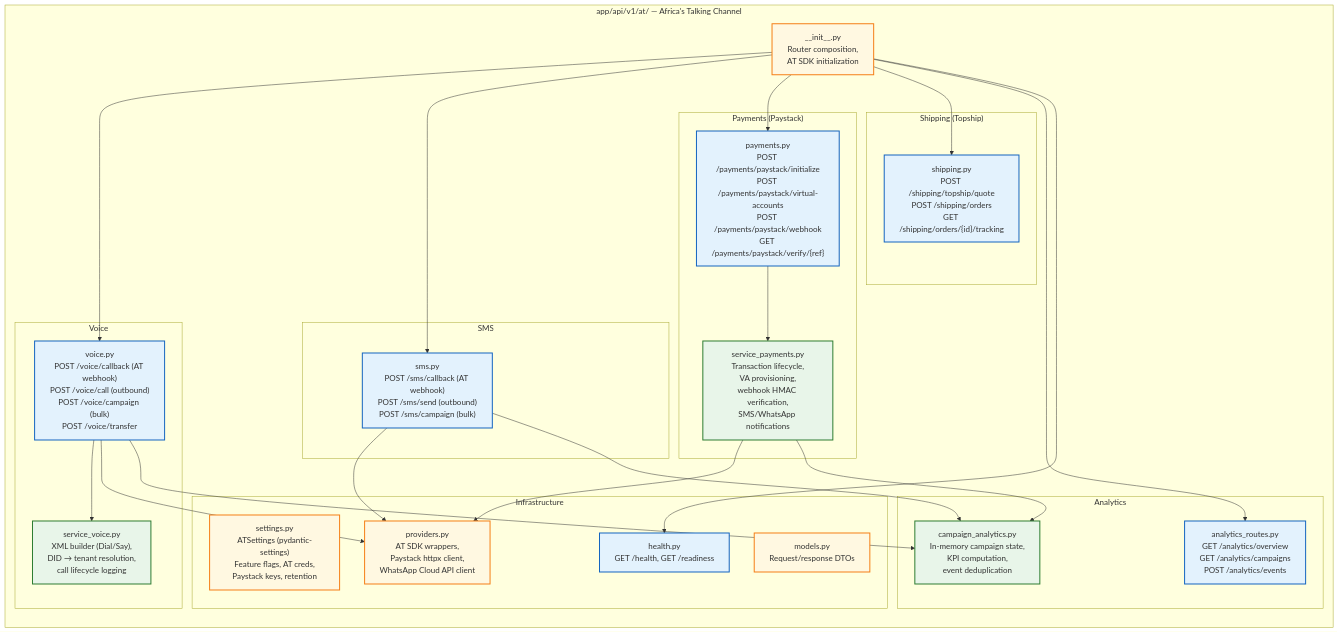
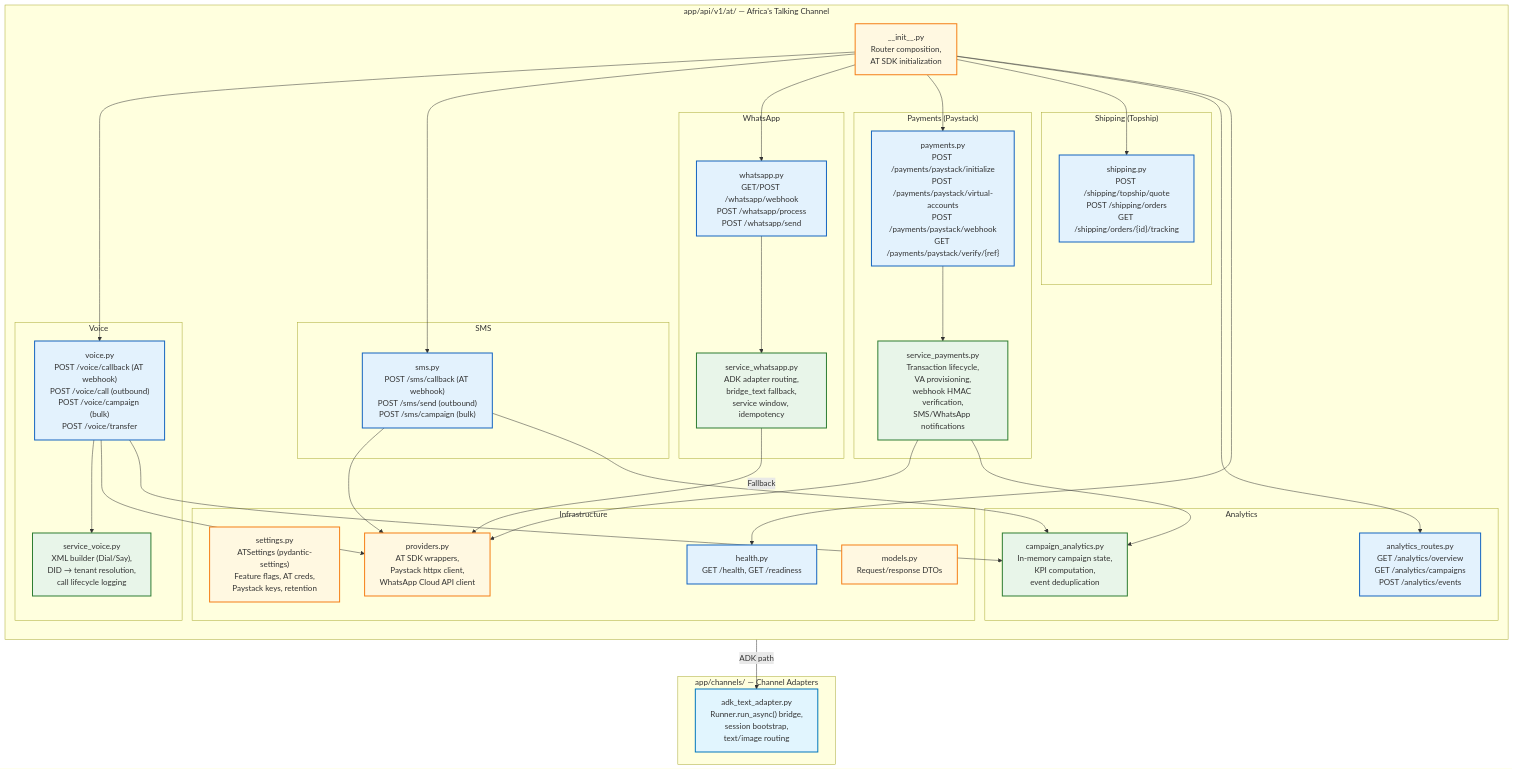
One commit to ogabasseyy/ekaette changed the sixth of 6 diagrams in docs/architecture/04-telephony.md. Above: the diagram before and after it, drawn with Mermaid. The commit also changed other lines of this file and 12 other files, not shown here.

First line of the commit message:
Route WhatsApp text/image through ADK agent graph

````diff
--- a/docs/architecture/04-telephony.md
+++ b/docs/architecture/04-telephony.md
@@ -226,61 +300,76 @@
 ```mermaid
 graph TB
     subgraph "app/api/v1/at/ — Africa's Talking Channel"
         direction TB
         INIT["__init__.py<br/>Router composition,<br/>AT SDK initialization"]
 
         subgraph "Voice"
             V_ROUTES["voice.py<br/>POST /voice/callback (AT webhook)<br/>POST /voice/call (outbound)<br/>POST /voice/campaign (bulk)<br/>POST /voice/transfer"]
             V_SVC["service_voice.py<br/>XML builder (Dial/Say),<br/>DID → tenant resolution,<br/>call lifecycle logging"]
         end
 
         subgraph "SMS"
             S_ROUTES["sms.py<br/>POST /sms/callback (AT webhook)<br/>POST /sms/send (outbound)<br/>POST /sms/campaign (bulk)"]
         end
 
         subgraph "Payments (Paystack)"
             P_ROUTES["payments.py<br/>POST /payments/paystack/initialize<br/>POST /payments/paystack/virtual-accounts<br/>POST /payments/paystack/webhook<br/>GET /payments/paystack/verify/{ref}"]
             P_SVC["service_payments.py<br/>Transaction lifecycle,<br/>VA provisioning,<br/>webhook HMAC verification,<br/>SMS/WhatsApp notifications"]
         end
 
         subgraph "Shipping (Topship)"
             SH_ROUTES["shipping.py<br/>POST /shipping/topship/quote<br/>POST /shipping/orders<br/>GET /shipping/orders/{id}/tracking"]
         end
 
         subgraph "Analytics"
             A_ROUTES["analytics_routes.py<br/>GET /analytics/overview<br/>GET /analytics/campaigns<br/>POST /analytics/events"]
             A_SVC["campaign_analytics.py<br/>In-memory campaign state,<br/>KPI computation,<br/>event deduplication"]
         end
 
+        subgraph "WhatsApp"
+            WA_ROUTES["whatsapp.py<br/>GET/POST /whatsapp/webhook<br/>POST /whatsapp/process<br/>POST /whatsapp/send"]
+            WA_SVC["service_whatsapp.py<br/>ADK adapter routing,<br/>bridge_text fallback,<br/>service window, idempotency"]
+        end
+
         subgraph "Infrastructure"
             SETTINGS["settings.py<br/>ATSettings (pydantic-settings)<br/>Feature flags, AT creds,<br/>Paystack keys, retention"]
             MODELS["models.py<br/>Request/response DTOs"]
             PROVIDERS["providers.py<br/>AT SDK wrappers,<br/>Paystack httpx client,<br/>WhatsApp Cloud API client"]
             HEALTH["health.py<br/>GET /health, GET /readiness"]
         end
     end
 
+    subgraph "app/channels/ — Channel Adapters"
+        ADAPTER["adk_text_adapter.py<br/>Runner.run_async() bridge,<br/>session bootstrap,<br/>text/image routing"]
+    end
+
     INIT --> V_ROUTES
     INIT --> S_ROUTES
+    INIT --> WA_ROUTES
     INIT --> P_ROUTES
     INIT --> SH_ROUTES
     INIT --> A_ROUTES
     INIT --> HEALTH
 
     V_ROUTES --> V_SVC
     V_ROUTES --> PROVIDERS
     V_ROUTES --> A_SVC
     S_ROUTES --> PROVIDERS
     S_ROUTES --> A_SVC
+    WA_ROUTES --> WA_SVC
+    WA_SVC -->|"ADK path"| ADAPTER
+    WA_SVC -->|"Fallback"| PROVIDERS
     P_ROUTES --> P_SVC
     P_SVC --> PROVIDERS
     P_SVC --> A_SVC
 
     classDef router fill:#E3F2FD,stroke:#1565C0,stroke-width:2px
     classDef service fill:#E8F5E9,stroke:#2E7D32,stroke-width:2px
     classDef infra fill:#FFF8E1,stroke:#F57F17,stroke-width:2px
+    classDef adapter fill:#E1F5FE,stroke:#0277BD,stroke-width:2px
 
-    class V_ROUTES,S_ROUTES,P_ROUTES,SH_ROUTES,A_ROUTES,HEALTH router
-    class V_SVC,P_SVC,A_SVC service
+    class V_ROUTES,S_ROUTES,WA_ROUTES,P_ROUTES,SH_ROUTES,A_ROUTES,HEALTH router
+    class V_SVC,WA_SVC,P_SVC,A_SVC service
     class SETTINGS,MODELS,PROVIDERS,INIT infra
+    class ADAPTER adapter
 ```
````
